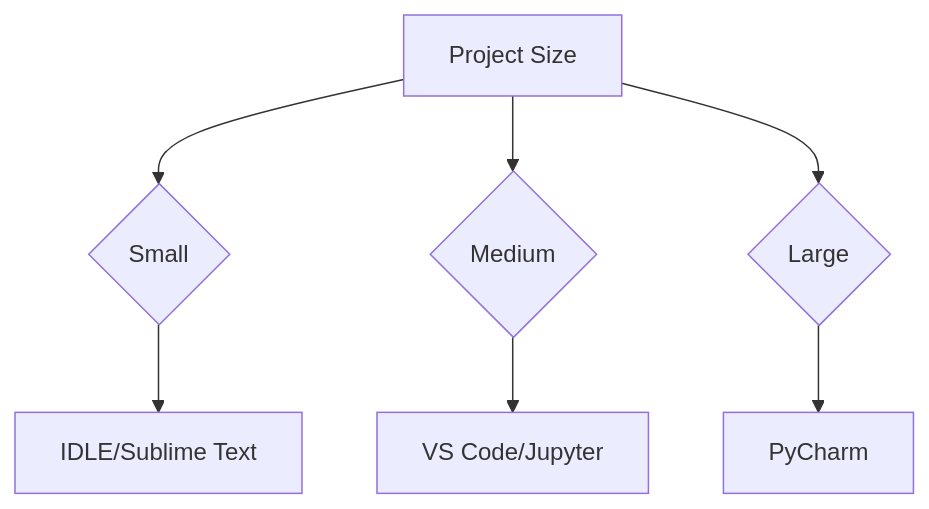
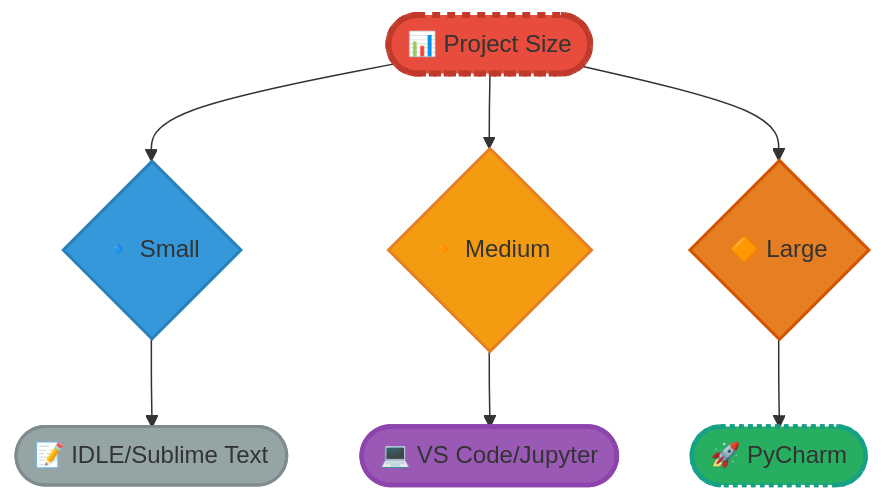
Before and after one commit to infoyouth/infoyouth.github.io: the fourth of 4 diagrams in _posts/python/2025-10-06-01.-python-overview-and-setup.md, drawn with Mermaid. The commit also changed other lines of this file, not shown here.

````diff
--- a/_posts/python/2025-10-06-01.-python-overview-and-setup.md
+++ b/_posts/python/2025-10-06-01.-python-overview-and-setup.md
@@ -250,16 +282,18 @@
 ```mermaid
 graph TD
-    A[Project Size] --> B{Small}
-    A --> C{Medium}
-    A --> D{Large}
+    A([📊 Project Size]):::size --> B{🔹 Small}:::small
+    A --> C{🔸 Medium}:::medium
+    A --> D{🔶 Large}:::large
 
-    B --> E[IDLE/Sublime Text]
-    C --> F[VS Code/Jupyter]
-    D --> G[PyCharm]
+    B --> E([📝 IDLE/Sublime Text]):::basic
+    C --> F([💻 VS Code/Jupyter]):::advanced
+    D --> G([🚀 PyCharm]):::professional
 
-    classDef workflow fill:#3498db,stroke:#2980b9,stroke-width:3px,stroke-dasharray:5;
-    classDef trigger fill:#1abc9c,stroke:#16a085,stroke-width:2px;
-    classDef event fill:#5dade2,stroke:#85c1e9,stroke-width:2px,stroke-dasharray:3;
-    classDef job fill:#2980b9,stroke:#3498db,stroke-width:2px;
-    classDef steps fill:#16a085,stroke:#1abc9c,stroke-width:3px;
+    classDef size fill:#e74c3c,stroke:#c0392b,stroke-width:4px,stroke-dasharray:5;
+    classDef small fill:#3498db,stroke:#2980b9,stroke-width:2px;
+    classDef medium fill:#f39c12,stroke:#e67e22,stroke-width:2px;
+    classDef large fill:#e67e22,stroke:#d35400,stroke-width:2px;
+    classDef basic fill:#95a5a6,stroke:#7f8c8d,stroke-width:2px;
+    classDef advanced fill:#9b59b6,stroke:#8e44ad,stroke-width:3px;
+    classDef professional fill:#27ae60,stroke:#16a085,stroke-width:3px,stroke-dasharray:3;
 ```
````
